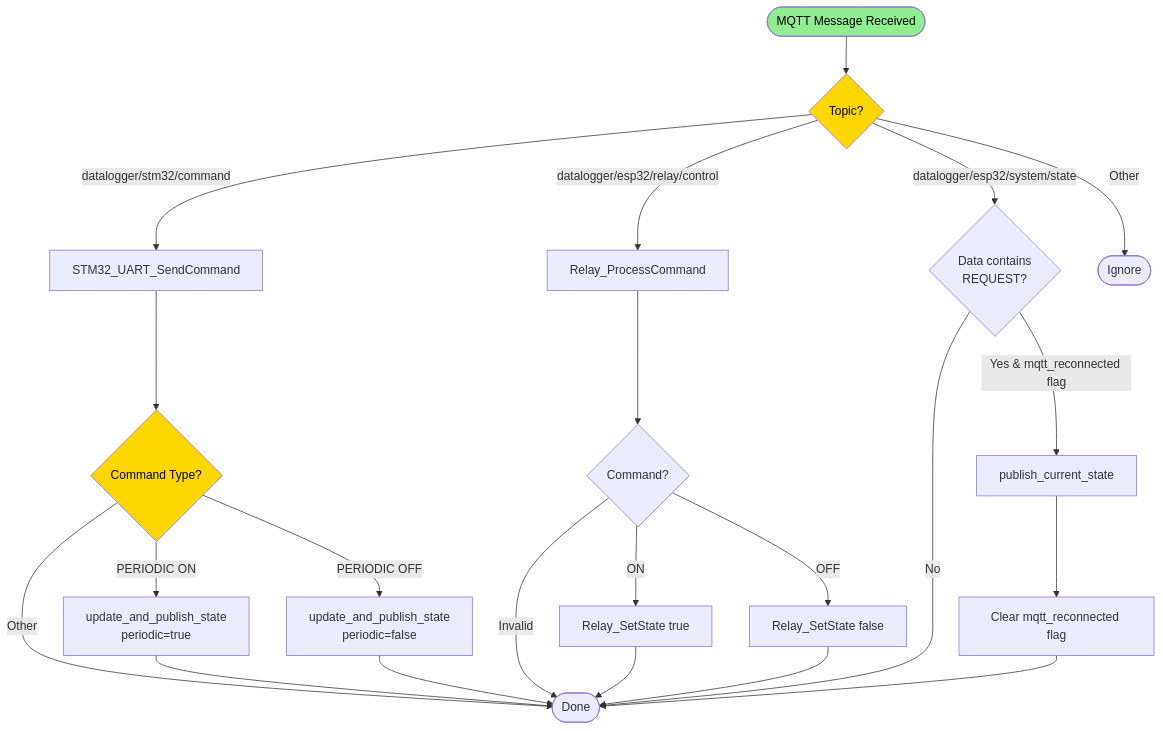
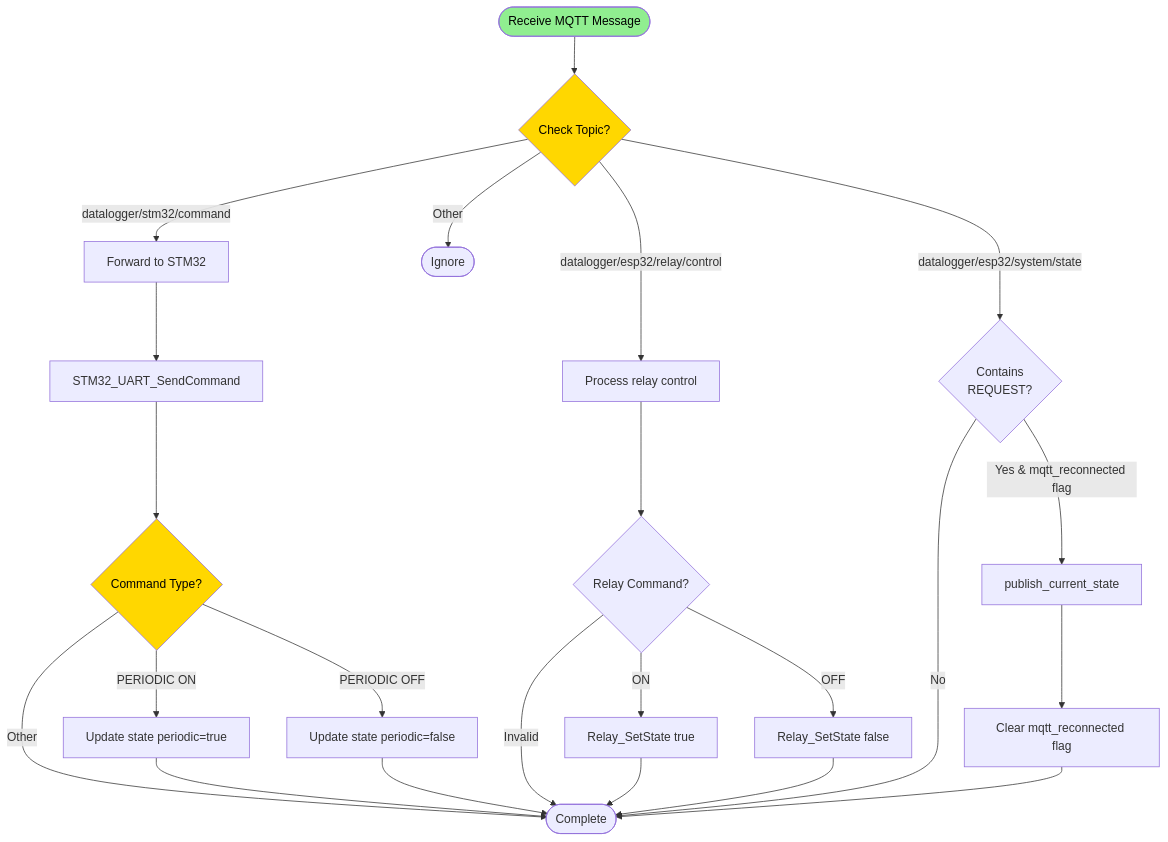
One commit to meeTeam05/datalogger changed the third of 10 diagrams in documents/esp32/FLOW_DIAGRAM_ESP32.md. Above: the diagram before and after it, drawn with Mermaid. The commit also changed other lines of this file, not shown here.

Commit message:
fix(docs): update flow diagram titles and descriptions for clarity in FLOW_DIAGRAM_ESP32.md

````diff
--- a/documents/esp32/FLOW_DIAGRAM_ESP32.md
+++ b/documents/esp32/FLOW_DIAGRAM_ESP32.md
@@ -68,34 +77,35 @@
 ```mermaid
 flowchart TD
-    Start([MQTT Message Received]) --> CheckTopic{Topic?}
+    Start([Receive MQTT Message]) --> CheckTopic{Check Topic?}
 
-    CheckTopic -->|datalogger/stm32/command| ForwardSTM32[STM32_UART_SendCommand]
-    CheckTopic -->|datalogger/esp32/relay/control| ProcessRelay[Relay_ProcessCommand]
-    CheckTopic -->|datalogger/esp32/system/state| CheckRequest{Data contains<br/>REQUEST?}
+    CheckTopic -->|datalogger/stm32/command| ForwardSTM32[Forward to STM32]
+    CheckTopic -->|datalogger/esp32/relay/control| ProcessRelay[Process relay control]
+    CheckTopic -->|datalogger/esp32/system/state| CheckRequest{Contains<br/>REQUEST?}
     CheckTopic -->|Other| Ignore([Ignore])
 
-    ForwardSTM32 --> CheckCmd{Command Type?}
-    CheckCmd -->|PERIODIC ON| UpdateStatePOn[update_and_publish_state<br/>periodic=true]
-    CheckCmd -->|PERIODIC OFF| UpdateStatePOff[update_and_publish_state<br/>periodic=false]
-    CheckCmd -->|Other| Done([Done])
+    ForwardSTM32 --> SendUART[STM32_UART_SendCommand]
+    SendUART --> CheckCmd{Command Type?}
+    CheckCmd -->|PERIODIC ON| UpdateStatePOn[Update state periodic=true]
+    CheckCmd -->|PERIODIC OFF| UpdateStatePOff[Update state periodic=false]
+    CheckCmd -->|Other| Done([Complete])
 
     UpdateStatePOn --> Done
     UpdateStatePOff --> Done
 
-    ProcessRelay --> CheckRelayCmd{Command?}
+    ProcessRelay --> CheckRelayCmd{Relay Command?}
     CheckRelayCmd -->|ON| SetRelayOn[Relay_SetState true]
     CheckRelayCmd -->|OFF| SetRelayOff[Relay_SetState false]
     CheckRelayCmd -->|Invalid| Done
 
     SetRelayOn --> Done
     SetRelayOff --> Done
 
     CheckRequest -->|Yes & mqtt_reconnected flag| PublishState[publish_current_state]
     CheckRequest -->|No| Done
     PublishState --> ClearFlag[Clear mqtt_reconnected flag]
     ClearFlag --> Done
 
     style Start fill:#90EE90, color:#000000
     style CheckTopic fill:#FFD700, color:#000000
     style CheckCmd fill:#FFD700, color:#000000
 ```
````
